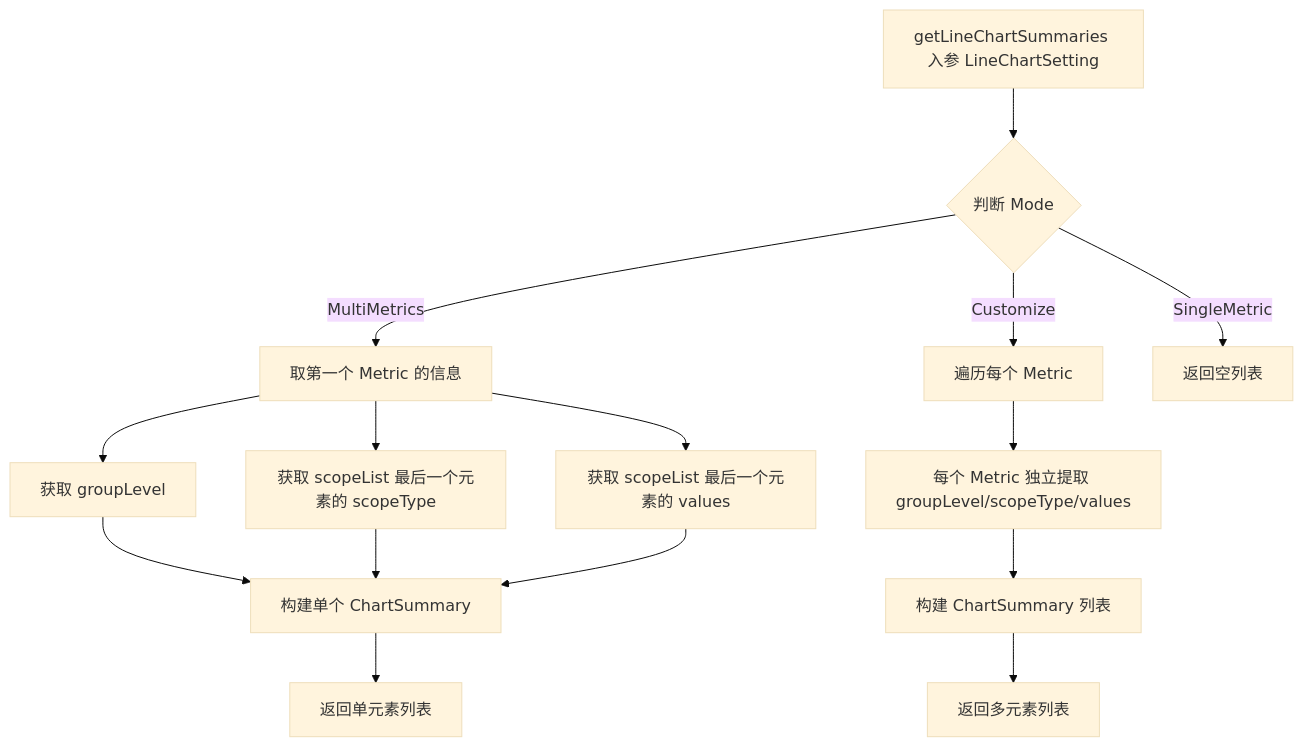
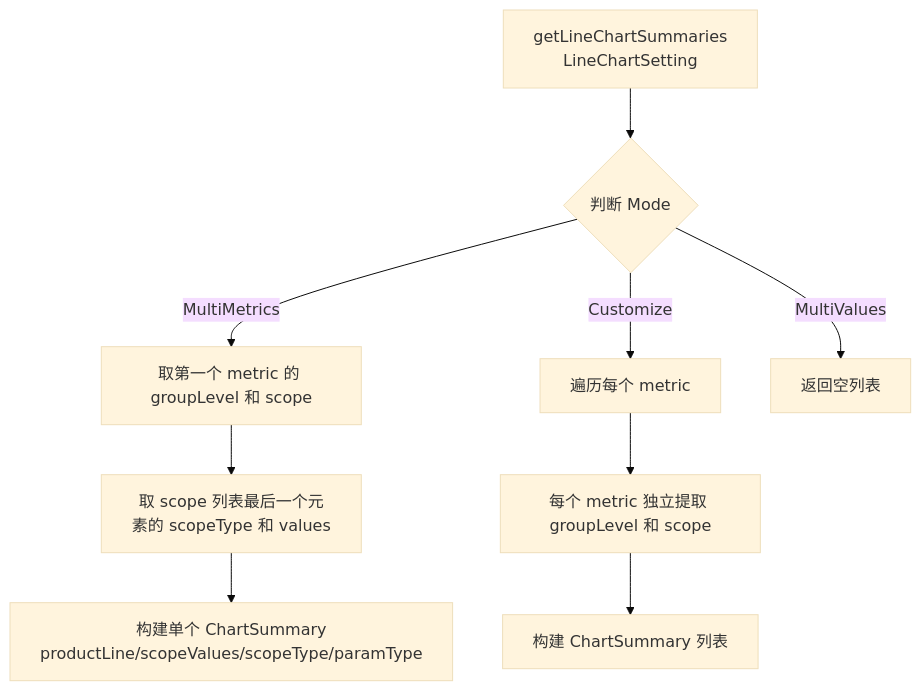
Before and after one commit to suoweiwei-pacvue/document-automation: the fourth of 4 diagrams in output/05-chart-types.md, drawn with Mermaid (base theme). The commit also changed other lines of this file and 55 other files, not shown here.

````diff
--- a/output/05-chart-types.md
+++ b/output/05-chart-types.md
@@ -431,20 +486,11 @@
 ```mermaid
 flowchart TD
-    A[getLineChartSummaries 入参 LineChartSetting] --> B{判断 Mode}
-    
-    B -->|MultiMetrics| C[取第一个 Metric 的信息]
-    C --> C1[获取 groupLevel]
-    C --> C2[获取 scopeList 最后一个元素的 scopeType]
-    C --> C3[获取 scopeList 最后一个元素的 values]
-    C1 --> D1[构建单个 ChartSummary]
-    C2 --> D1
-    C3 --> D1
-    D1 --> E[返回单元素列表]
-    
-    B -->|Customize| F[遍历每个 Metric]
-    F --> F1[每个 Metric 独立提取 groupLevel/scopeType/values]
-    F1 --> F2[构建 ChartSummary 列表]
-    F2 --> G[返回多元素列表]
-    
-    B -->|SingleMetric| H[返回空列表]
+    A[getLineChartSummaries<br/>LineChartSetting] --> B{判断 Mode}
+    B -->|MultiMetrics| C[取第一个 metric 的 groupLevel 和 scope]
+    C --> C1[取 scope 列表最后一个元素的 scopeType 和 values]
+    C1 --> C2[构建单个 ChartSummary<br/>productLine/scopeValues/scopeType/paramType]
+    B -->|Customize| D[遍历每个 metric]
+    D --> D1[每个 metric 独立提取 groupLevel 和 scope]
+    D1 --> D2[构建 ChartSummary 列表]
+    B -->|MultiValues| E[返回空列表]
 ```
````
